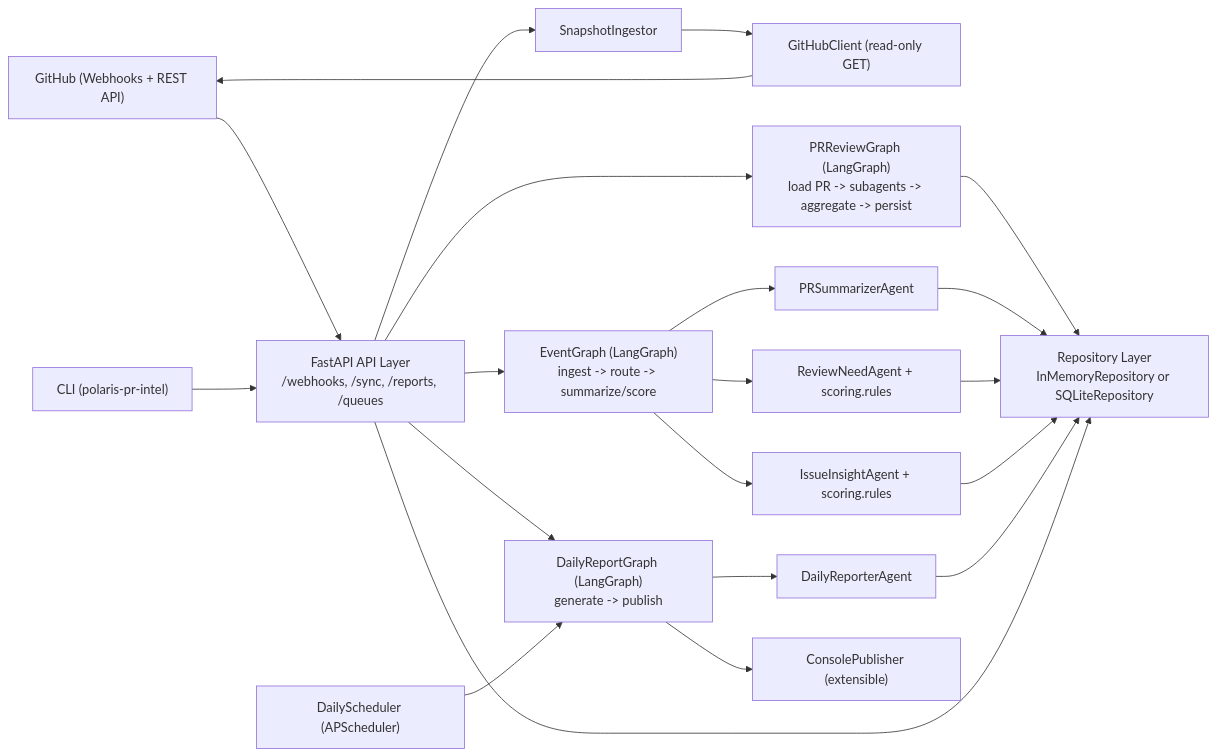
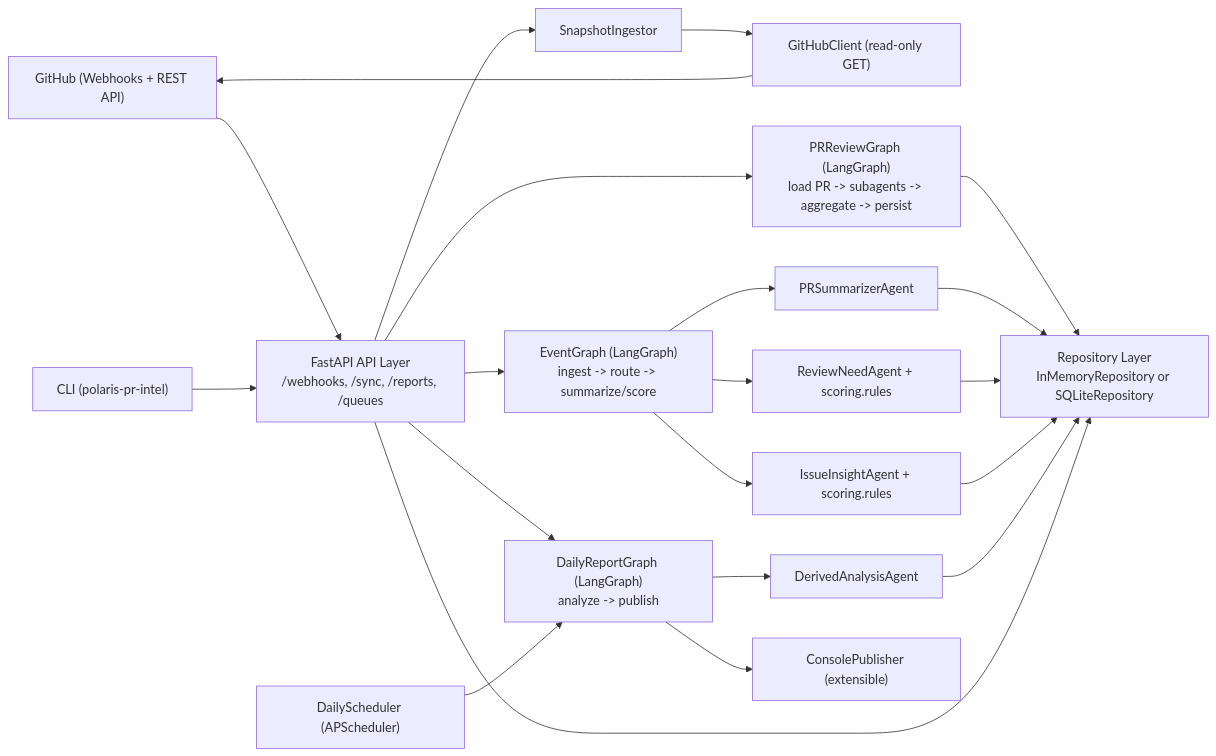
Before and after one commit to flyrain/pr-intelligence: the fourth of 4 diagrams in README.md, drawn with Mermaid. The commit also changed other lines of this file, not shown here.

````diff
--- a/README.md
+++ b/README.md
@@ -274,27 +280,27 @@
 ```mermaid
 flowchart LR
     GH["GitHub (Webhooks + REST API)"] --> API["FastAPI API Layer<br/>/webhooks, /sync, /reports, /queues"]
     CLI["CLI (polaris-pr-intel)"] --> API
     API --> EG["EventGraph (LangGraph)<br/>ingest -> route -> summarize/score"]
-    API --> DG["DailyReportGraph (LangGraph)<br/>generate -> publish"]
+    API --> DG["DailyReportGraph (LangGraph)<br/>analyze -> publish"]
     API --> ING["SnapshotIngestor"]
 
     ING --> GHC["GitHubClient (read-only GET)"]
     GHC --> GH
 
     EG --> A1["PRSummarizerAgent"]
     EG --> A2["ReviewNeedAgent + scoring.rules"]
     EG --> A3["IssueInsightAgent + scoring.rules"]
-    DG --> A4["DailyReporterAgent"]
+    DG --> A4["DerivedAnalysisAgent"]
     PRG["PRReviewGraph (LangGraph)<br/>load PR -> subagents -> aggregate -> persist"] --> STORE
     DG --> PUB["ConsolePublisher (extensible)"]
 
     A1 --> STORE["Repository Layer<br/>InMemoryRepository or SQLiteRepository"]
     A2 --> STORE
     A3 --> STORE
     A4 --> STORE
     API --> STORE
     API --> PRG
 
     SCHED["DailyScheduler (APScheduler)"] --> DG
 ```
````
